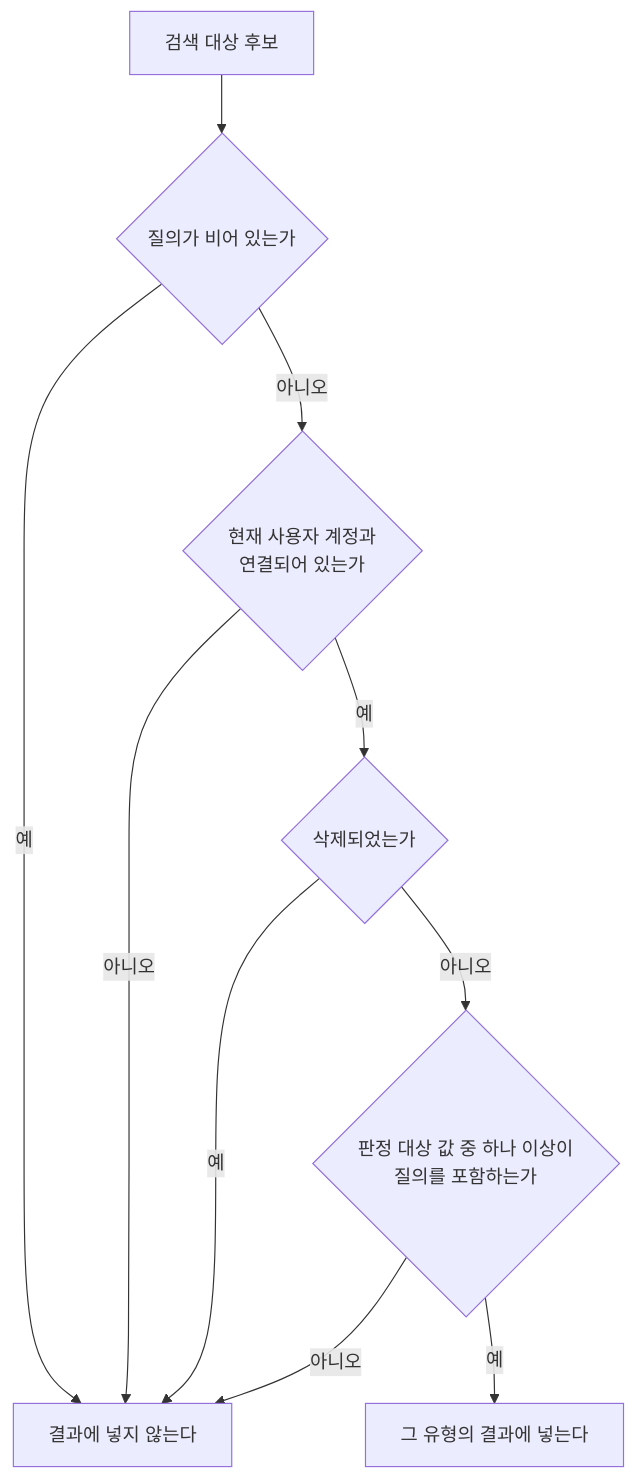
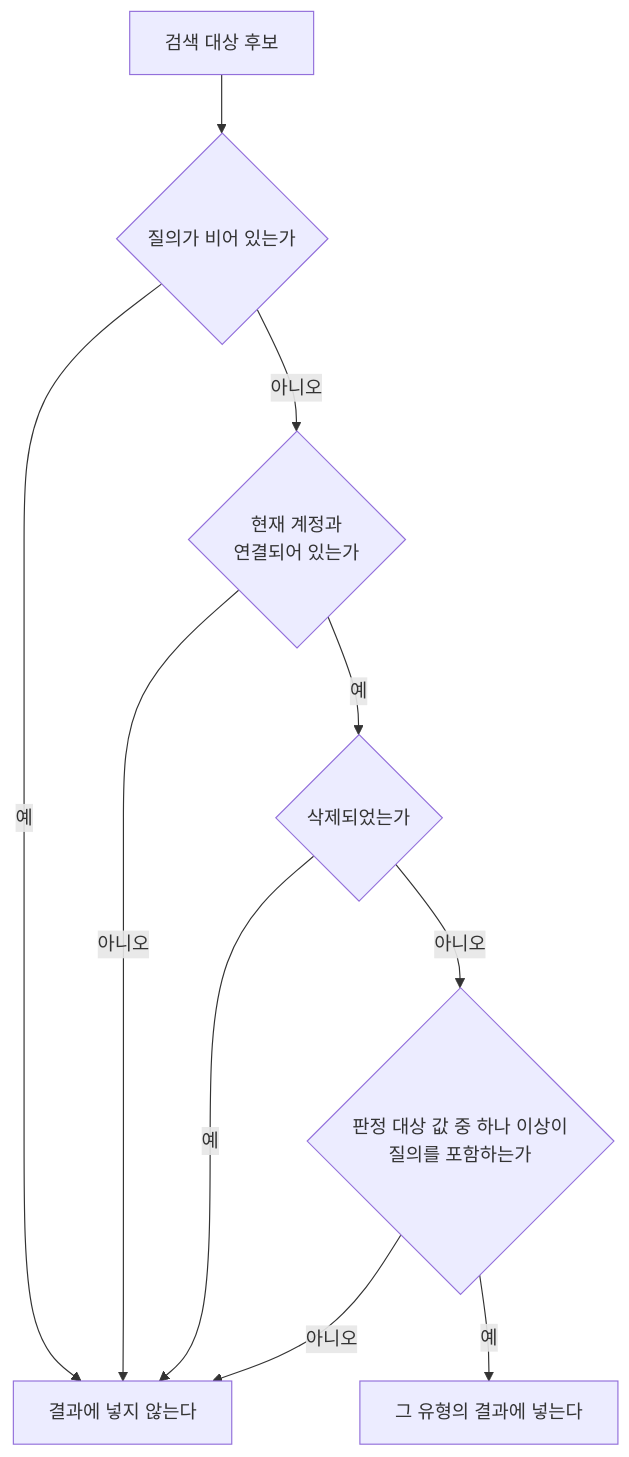
Before and after one commit to taetae98coding/DiaryKMP: the first of 2 diagrams in docs/spec/client/search-home.md, drawn with Mermaid. The commit also changed other lines of this file and 29 other files, not shown here.

````diff
--- a/docs/spec/client/search-home.md
+++ b/docs/spec/client/search-home.md
@@ -96,12 +96,12 @@
 ```mermaid
 flowchart TD
     Start["검색 대상 후보"] --> Query{"질의가 비어 있는가"}
     Query -- 예 --> Hide["결과에 넣지 않는다"]
-    Query -- 아니오 --> Account{"현재 사용자 계정과<br/>연결되어 있는가"}
+    Query -- 아니오 --> Account{"현재 계정과<br/>연결되어 있는가"}
     Account -- 아니오 --> Hide
     Account -- 예 --> Deleted{"삭제되었는가"}
     Deleted -- 예 --> Hide
     Deleted -- 아니오 --> Match{"판정 대상 값 중 하나 이상이<br/>질의를 포함하는가"}
     Match -- 아니오 --> Hide
     Match -- 예 --> Show["그 유형의 결과에 넣는다"]
 ```
````
